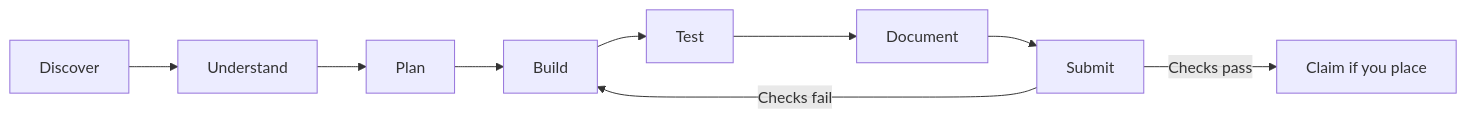
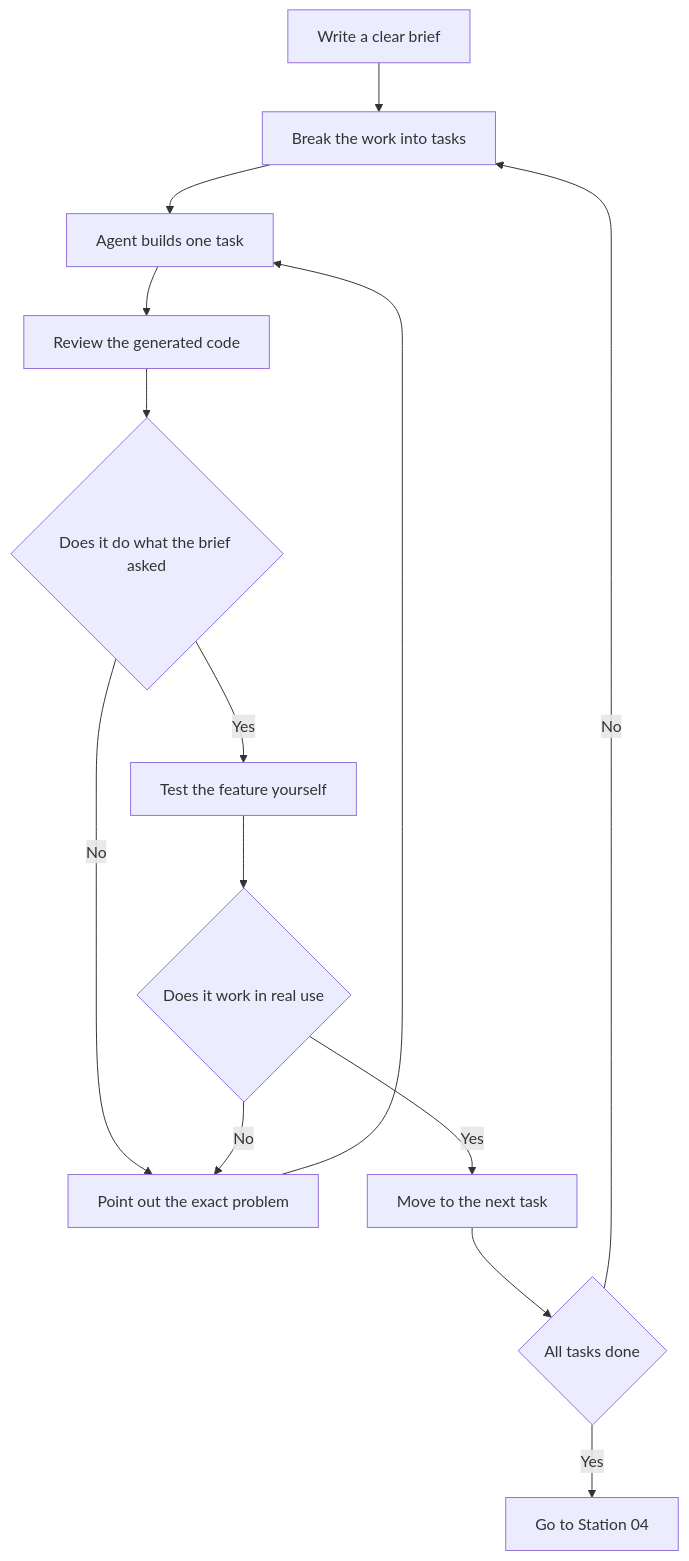
One commit to rfky18/makefun-field-guide changed the second of 3 diagrams in README.md. Above: the diagram before and after it, drawn with Mermaid. The commit also changed other lines of this file, not shown here.

Commit message:
Rewrite README as THE BOUNTY WORKSHOP: six-station field manual for bring-the-humans-02

````diff
--- a/README.md
+++ b/README.md
@@ -247,11 +197,16 @@
 ```mermaid
-flowchart LR
-    A[Discover] --> B[Understand]
-    B --> C[Plan]
-    C --> D[Build]
-    D --> E[Test]
-    E --> F[Document]
-    F --> G[Submit]
-    G -->|Checks fail| D
-    G -->|Checks pass| H[Claim if you place]
+flowchart TD
+    A[Write a clear brief] --> B[Break the work into tasks]
+    B --> C[Agent builds one task]
+    C --> D[Review the generated code]
+    D --> E{Does it do what the brief asked}
+    E -->|No| F[Point out the exact problem]
+    F --> C
+    E -->|Yes| G[Test the feature yourself]
+    G --> H{Does it work in real use}
+    H -->|No| F
+    H -->|Yes| I[Move to the next task]
+    I --> J{All tasks done}
+    J -->|No| B
+    J -->|Yes| K[Go to Station 04]
 ```
````
